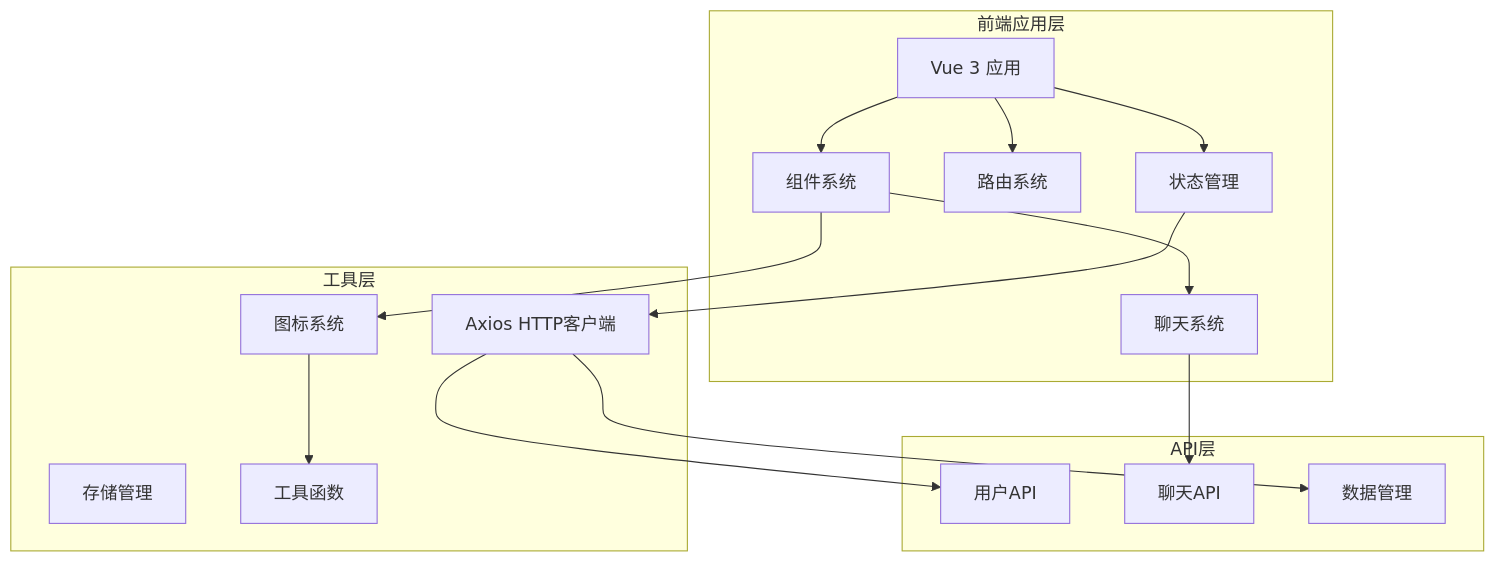
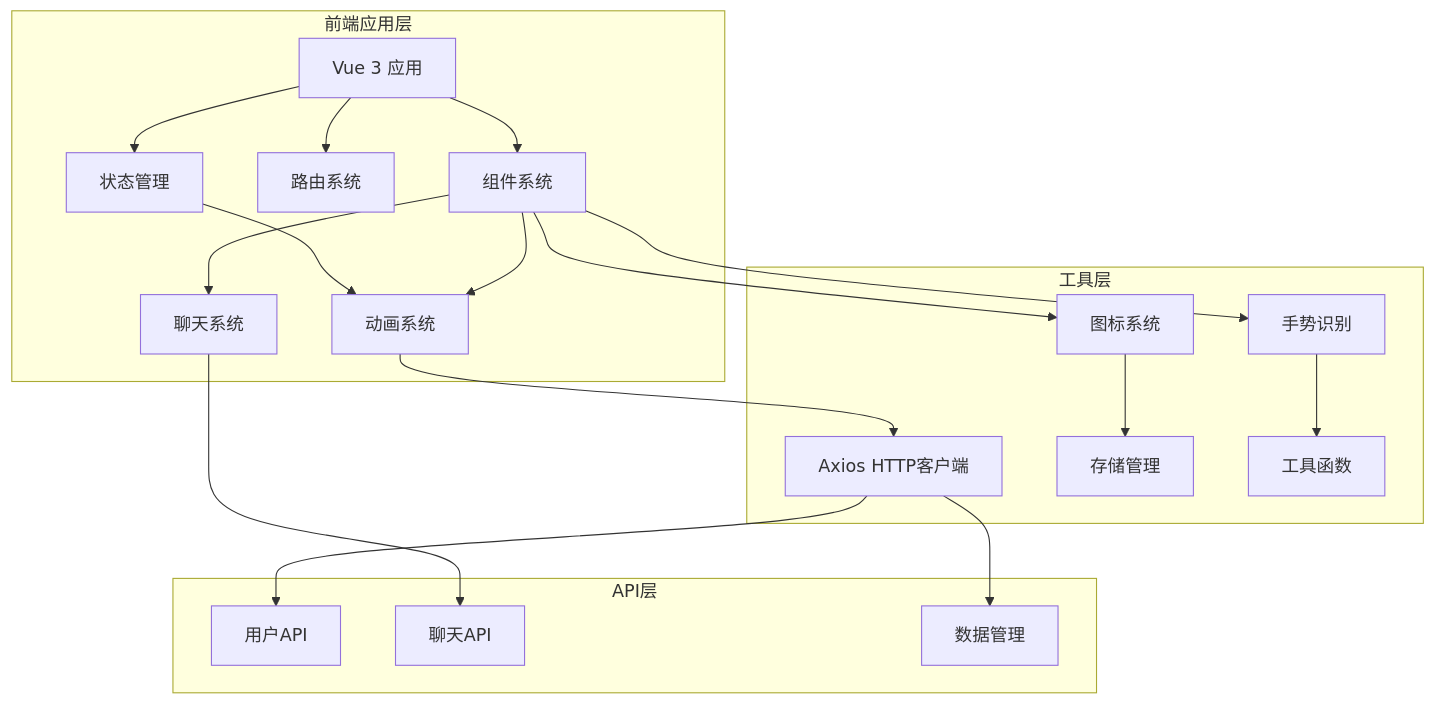
Before and after one commit to giserman001/vue3-vant4-mobile: the first of 15 diagrams in .qoder/repowiki/zh/content/核心系统/聊天系统.md, drawn with Mermaid. The commit also changed other lines of this file and 3 other files, not shown here.

````diff
--- a/.qoder/repowiki/zh/content/核心系统/聊天系统.md
+++ b/.qoder/repowiki/zh/content/核心系统/聊天系统.md
@@ -63,31 +58,37 @@
 ```mermaid
 graph TB
 subgraph "前端应用层"
 A[Vue 3 应用]
 B[组件系统]
 C[路由系统]
 D[状态管理]
 E[聊天系统]
+F[动画系统]
 end
 subgraph "工具层"
-F[Axios HTTP客户端]
-G[存储管理]
-H[工具函数]
-I[图标系统]
+G[Axios HTTP客户端]
+H[存储管理]
+I[工具函数]
+J[图标系统]
+K[手势识别]
 end
 subgraph "API层"
-J[用户API]
-K[聊天API]
-L[数据管理]
+L[用户API]
+M[聊天API]
+N[数据管理]
 end
 A --> B
 A --> C
 A --> D
 B --> E
-B --> I
+B --> F
+B --> J
+B --> K
 D --> F
-E --> K
-F --> J
-F --> L
-I --> H
+E --> M
+F --> G
+G --> L
+G --> N
+J --> H
+K --> I
 ```
````
